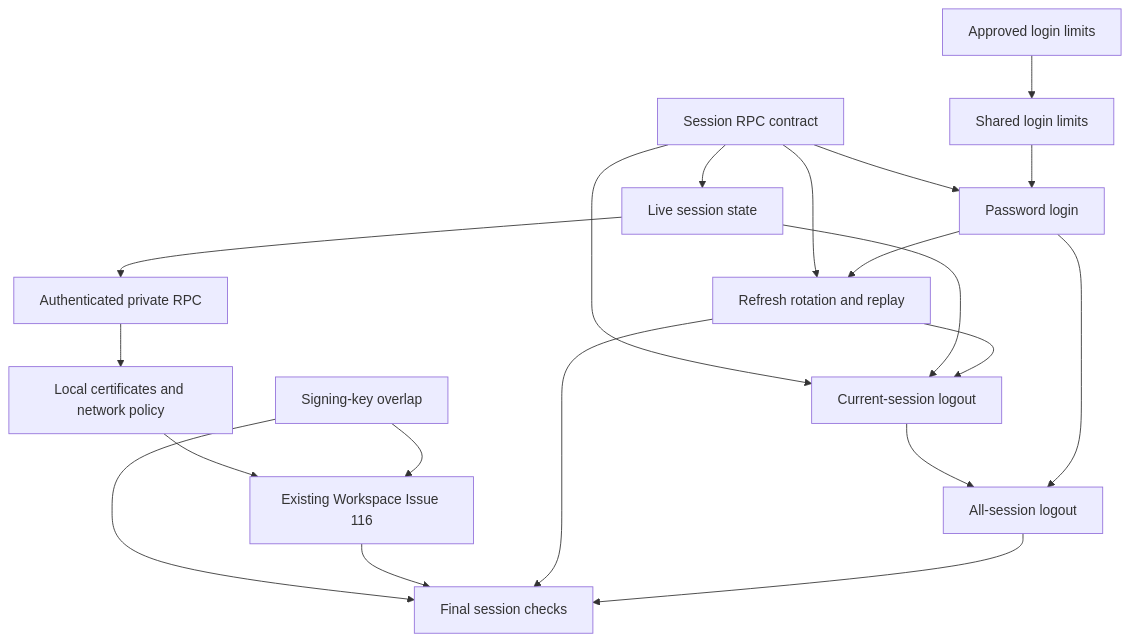
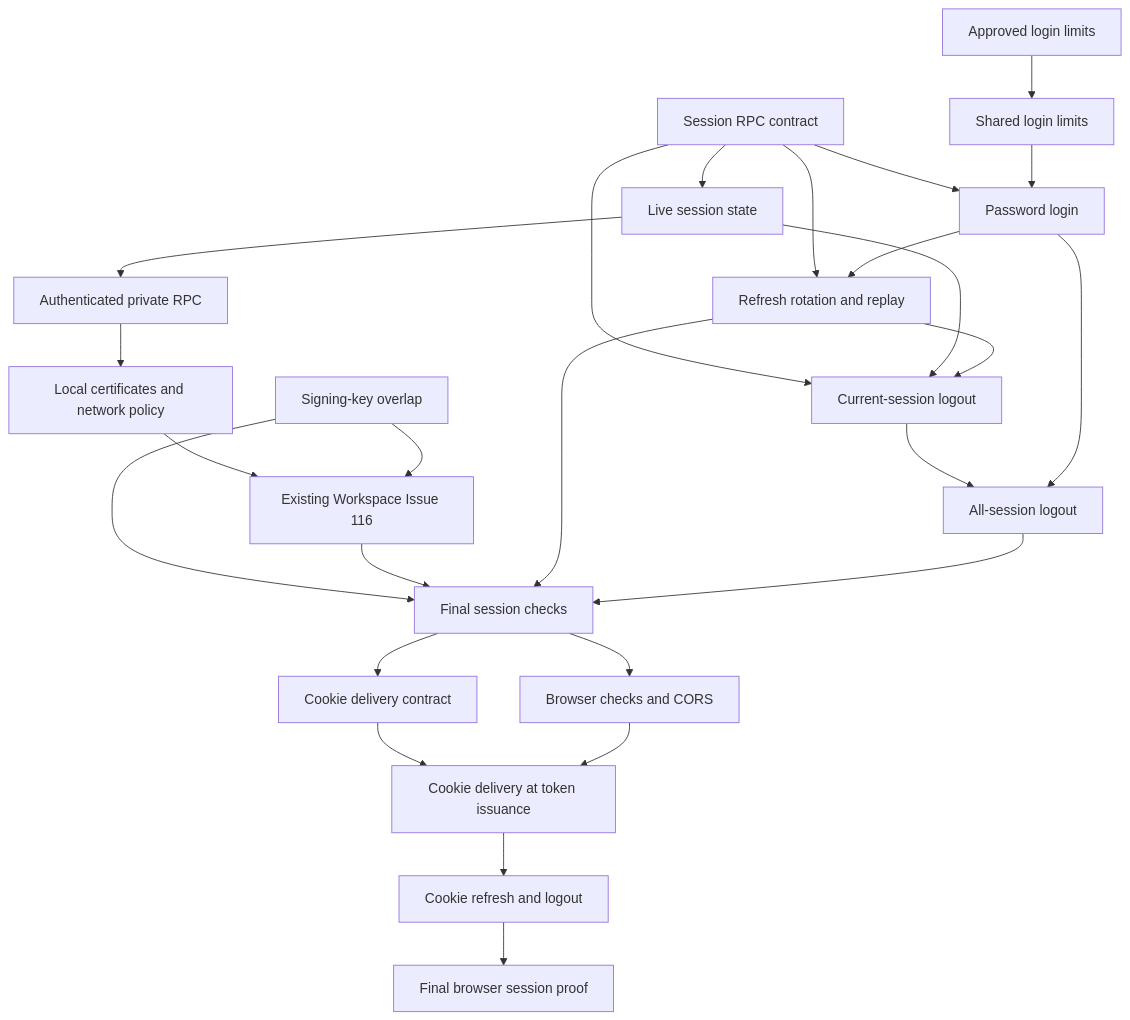
The diagram in tasks/identity-password-login-and-sessions.md (vasapolrittideah/flowspace-api), drawn with Mermaid before and after one commit. The commit also changed other lines of this file, not shown here.

````diff
--- a/tasks/identity-password-login-and-sessions.md
+++ b/tasks/identity-password-login-and-sessions.md
@@ -24,22 +31,28 @@
 ```mermaid
 flowchart TD
     LimitsDecision[Approved login limits] --> LoginLimits[Shared login limits]
     Contract[Session RPC contract] --> CheckState[Live session state]
     CheckState --> PrivateRPC[Authenticated private RPC]
     PrivateRPC --> LocalTLS[Local certificates and network policy]
     LocalTLS --> Workspace[Existing Workspace Issue 116]
     Contract --> Login[Password login]
     LoginLimits --> Login
     Contract --> Refresh[Refresh rotation and replay]
     Login --> Refresh
     Contract --> CurrentLogout[Current-session logout]
     CheckState --> CurrentLogout
     Refresh --> CurrentLogout
     CurrentLogout --> AllLogout[All-session logout]
     Login --> AllLogout
     Keys[Signing-key overlap] --> Workspace
     Keys --> Verify[Final session checks]
     Workspace --> Verify
     Refresh --> Verify
     AllLogout --> Verify
+    Verify --> BrowserContract[Cookie delivery contract]
+    Verify --> BrowserChecks[Browser checks and CORS]
+    BrowserContract --> CookieIssue[Cookie delivery at token issuance]
+    BrowserChecks --> CookieIssue
+    CookieIssue --> CookieRefresh[Cookie refresh and logout]
+    CookieRefresh --> BrowserProve[Final browser session proof]
 ```
````
